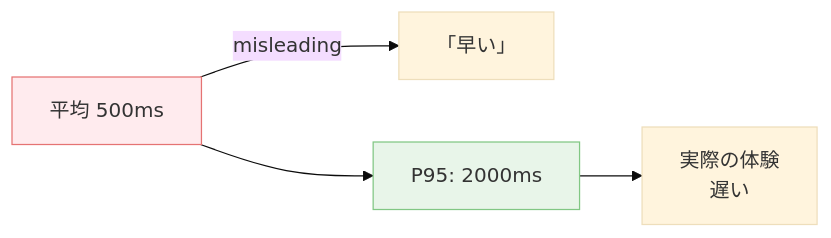
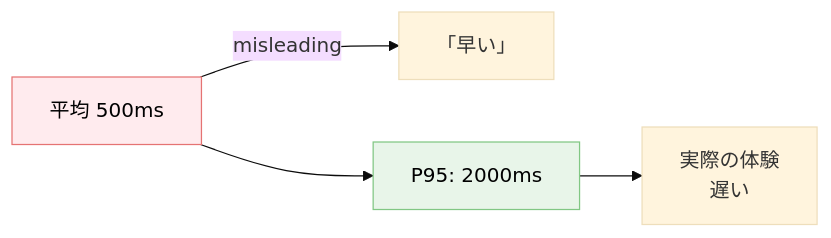
One commit to dinekt/dinekt-wiki changed the second of 3 diagrams in docs/tech-notes/ai-エージェント運用の-10-メトリクス.md. Above: the diagram before and after it, drawn with Mermaid (base theme). The commit also changed other lines of this file and 71 other files, not shown here.

First line of the commit message:
fix: mermaid readability + remove GitHub repo toolbar

````diff
--- a/docs/tech-notes/ai-エージェント運用の-10-メトリクス.md
+++ b/docs/tech-notes/ai-エージェント運用の-10-メトリクス.md
@@ -73,9 +73,9 @@
 ```mermaid
 flowchart LR
     A[平均 500ms] -->|misleading| B[「早い」]
     A --> P95[P95: 2000ms]
     P95 --> REAL[実際の体験<br/>遅い]
 
-    style A fill:#ffebee,stroke:#e57373
-    style P95 fill:#e8f5e9,stroke:#81c784
+    style A fill:#ffebee,stroke:#e57373,color:#000
+    style P95 fill:#e8f5e9,stroke:#81c784,color:#000
 ```
````
